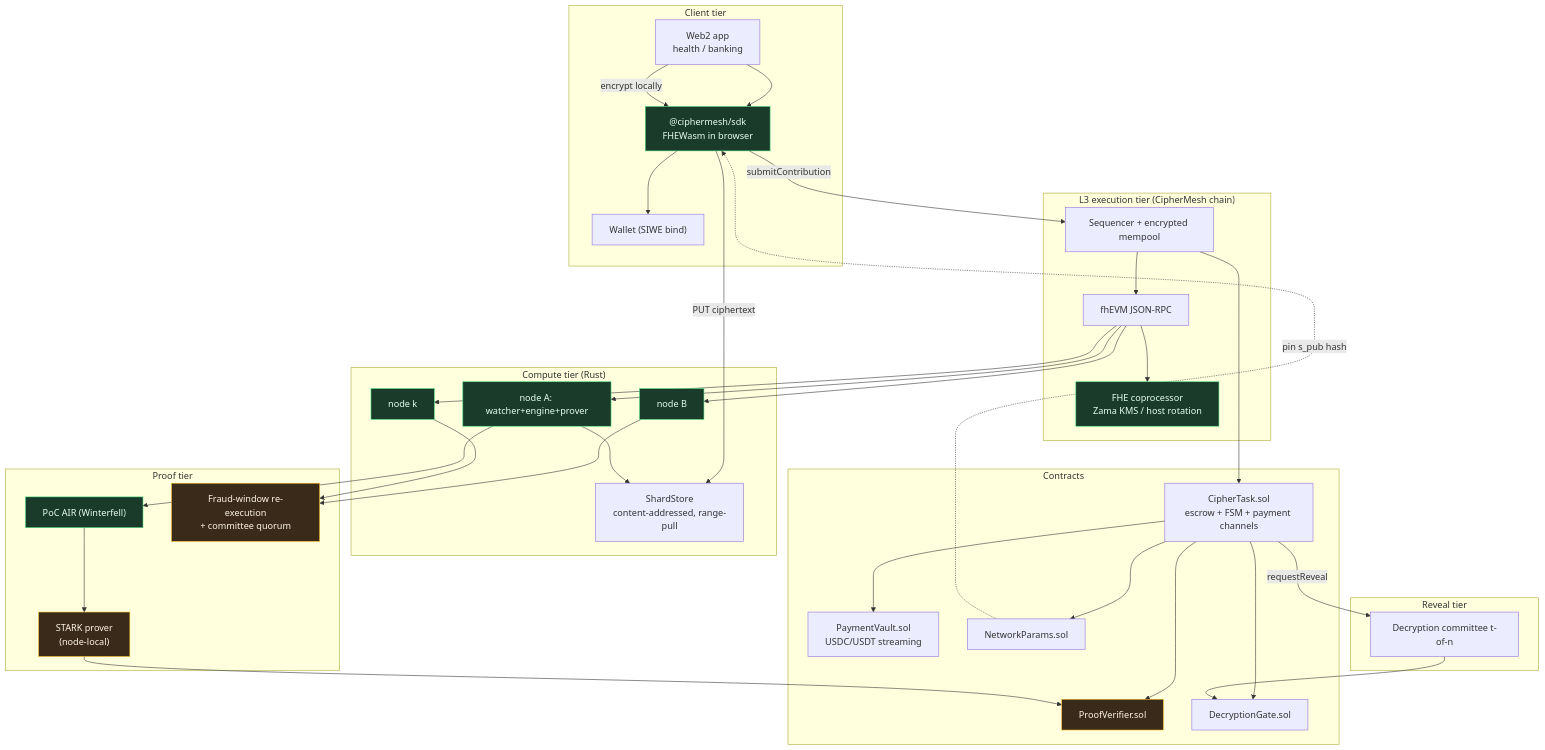
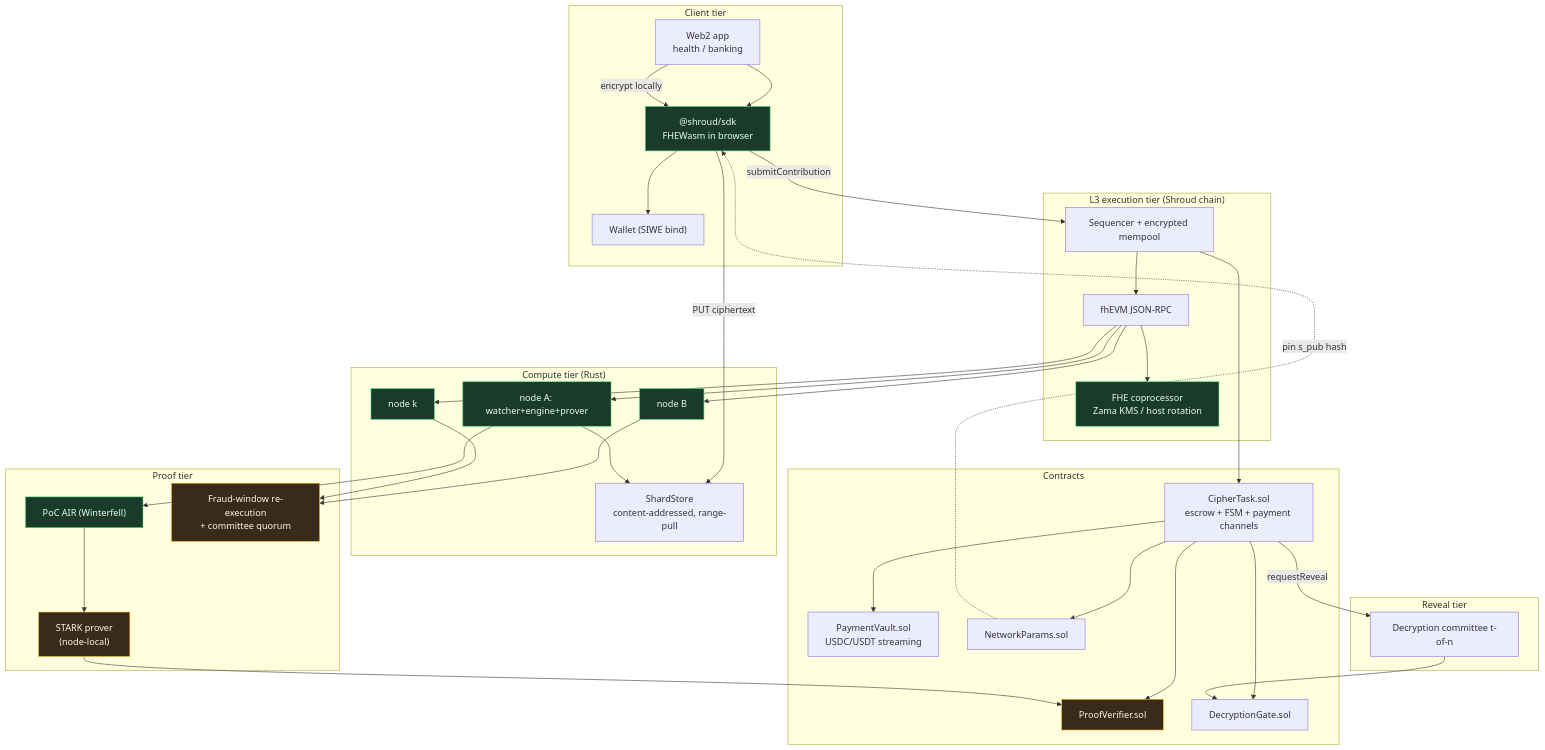
One commit to ssrjkk/shroud changed the second of 3 diagrams in docs/01-architecture.md. Above: the diagram before and after it, drawn with Mermaid. The commit also changed other lines of this file and 43 other files, not shown here.

Commit message:
Rename to Shroud; fix PaymentVault channel accounting, Rust TaskStatus mapping, SDK status check; add channel lifecycle tests

````diff
--- a/docs/01-architecture.md
+++ b/docs/01-architecture.md
@@ -140,65 +140,65 @@
 ```mermaid
 flowchart TB
     subgraph client["Client tier"]
         APP["Web2 app<br/>health / banking"]
-        SDK["@ciphermesh/sdk<br/>FHEWasm in browser"]
+        SDK["@shroud/sdk<br/>FHEWasm in browser"]
         WK["Wallet (SIWE bind)"]
         APP --> SDK --> WK
     end
 
-    subgraph edge["L3 execution tier (CipherMesh chain)"]
+    subgraph edge["L3 execution tier (Shroud chain)"]
         SEQ["Sequencer + encrypted mempool"]
         RPC["fhEVM JSON-RPC"]
         COP["FHE coprocessor<br/>Zama KMS / host rotation"]
         SEQ --> RPC --> COP
     end
 
     subgraph chain["Contracts"]
         CT["CipherTask.sol<br/>escrow + FSM + payment channels"]
         PV["PaymentVault.sol<br/>USDC/USDT streaming"]
         ZK["ProofVerifier.sol"]
         DK["DecryptionGate.sol"]
         NP["NetworkParams.sol"]
     end
 
     subgraph compute["Compute tier (Rust)"]
         W1["node A: watcher+engine+prover"]
         W2["node B"]
         WK_["node k"]
         DA["ShardStore<br/>content-addressed, range-pull"]
     end
 
     subgraph verify["Proof tier"]
         AIR["PoC AIR (Winterfell)"]
         STARK["STARK prover<br/>(node-local)"]
         FV["Fraud-window re-execution<br/>+ committee quorum"]
     end
 
     subgraph dkg["Reveal tier"]
         DC["Decryption committee t-of-n"]
     end
 
     APP -->|encrypt locally| SDK
     SDK -->|PUT ciphertext| DA
     SDK -->|submitContribution| SEQ
     SEQ --> CT
     CT --> PV
     CT --> ZK
     CT --> DK
     CT --> NP
     RPC --> W1
     RPC --> W2
     RPC --> WK_
     W1 --> DA
     W1 --> AIR --> STARK --> ZK
     W2 --> FV
     WK_ --> FV
     CT -->|requestReveal| DC
     DC --> DK
     NP -.->|pin s_pub hash| SDK
 
     classDef fhe fill:#1a3a2a,stroke:#4ade80,color:#e6fff2
     classDef proof fill:#3a2a1a,stroke:#fbbf24,color:#fff6e6
     class COP,SDK,W1,W2,WK_,AIR fhe
     class STARK,ZK,FV proof
 ```
````
